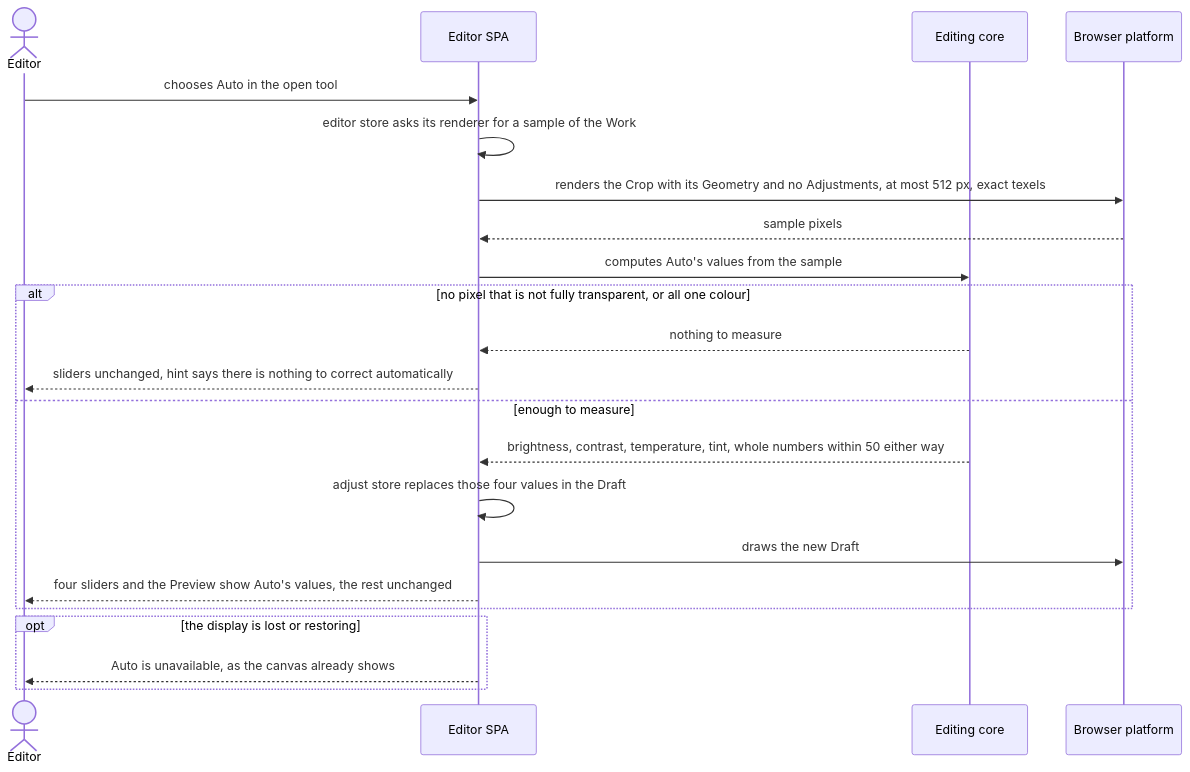
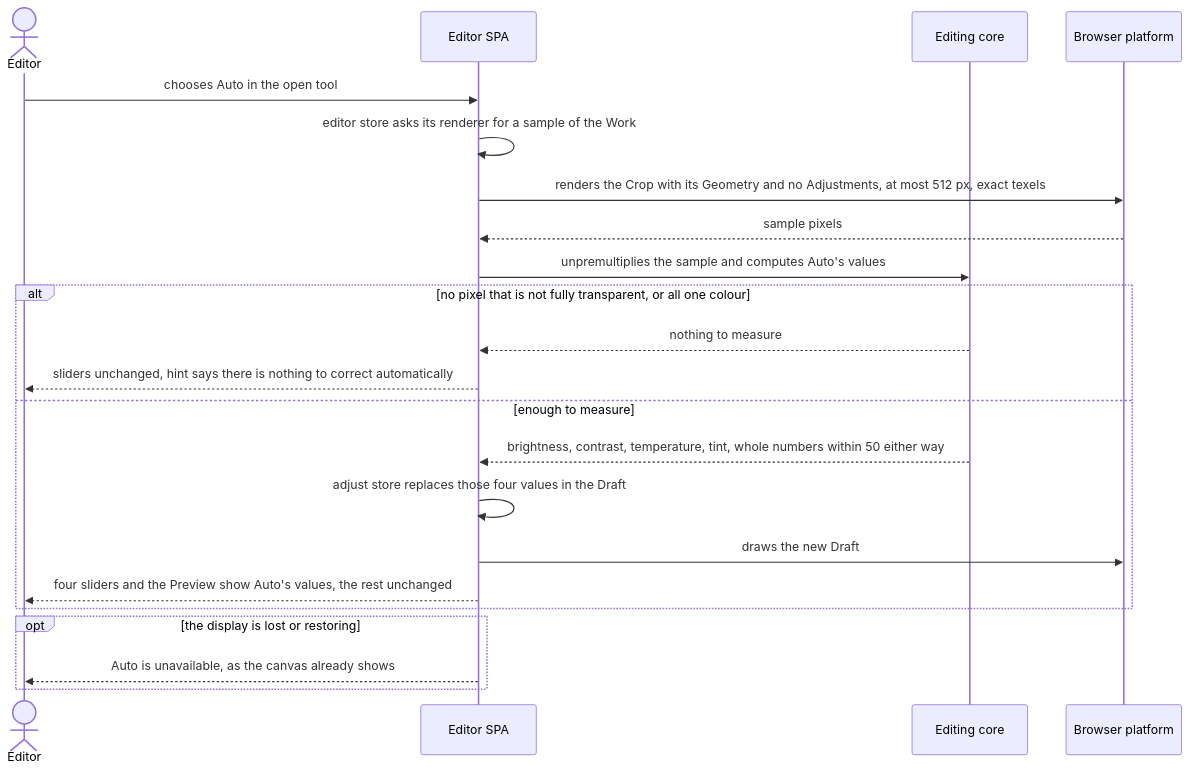
Before and after one commit to Blazheiko/imgly: the fourth of 5 diagrams in docs/features/adjust/sad.md, drawn with Mermaid. The commit also changed other lines of this file and 1 other file, not shown here.

````diff
--- a/docs/features/adjust/sad.md
+++ b/docs/features/adjust/sad.md
@@ -263,25 +261,25 @@
 ```mermaid
 sequenceDiagram
     actor Editor
     participant SPA as Editor SPA
     participant Core as Editing core
     participant Browser as Browser platform
 
     Editor->>SPA: chooses Auto in the open tool
     SPA->>SPA: editor store asks its renderer for a sample of the Work
     SPA->>Browser: renders the Crop with its Geometry and no Adjustments, at most 512 px, exact texels
     Browser-->>SPA: sample pixels
-    SPA->>Core: computes Auto's values from the sample
+    SPA->>Core: unpremultiplies the sample and computes Auto's values
     alt no pixel that is not fully transparent, or all one colour
         Core-->>SPA: nothing to measure
         SPA-->>Editor: sliders unchanged, hint says there is nothing to correct automatically
     else enough to measure
         Core-->>SPA: brightness, contrast, temperature, tint, whole numbers within 50 either way
         SPA->>SPA: adjust store replaces those four values in the Draft
         SPA->>Browser: draws the new Draft
         SPA-->>Editor: four sliders and the Preview show Auto's values, the rest unchanged
     end
     opt the display is lost or restoring
         SPA-->>Editor: Auto is unavailable, as the canvas already shows
     end
 ```
````
